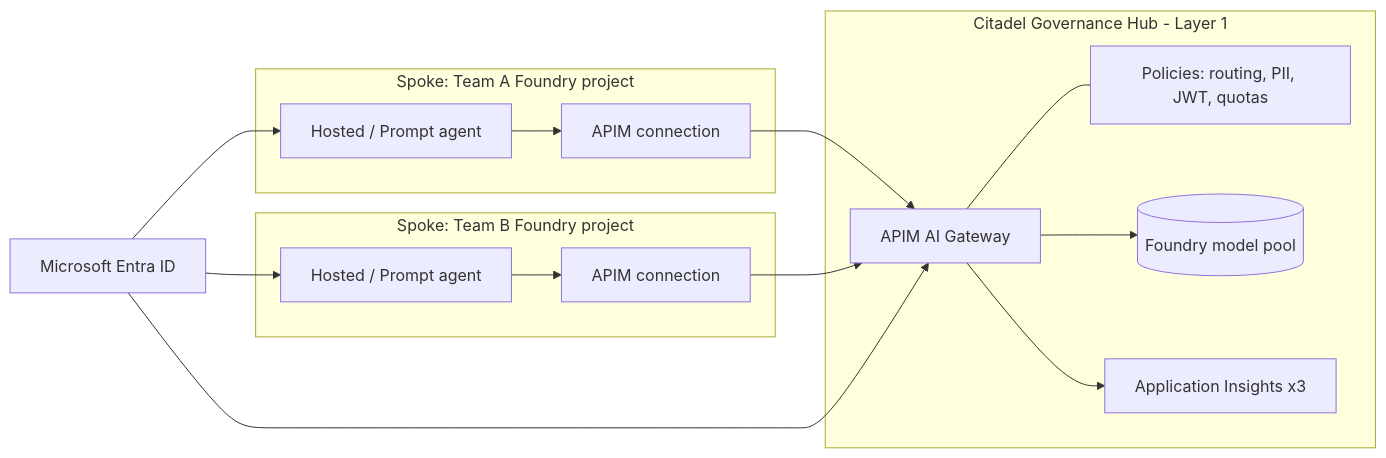
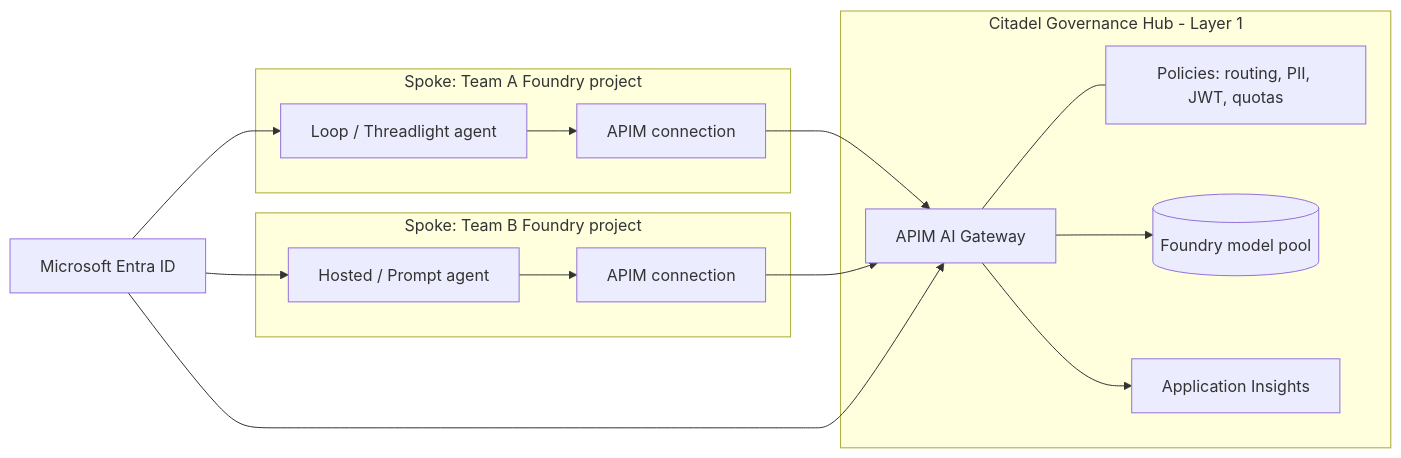
Before and after one commit to aiappsgbb/agentic-loop: the diagram in playbooks/citadel-governance-hub/README.md, drawn with Mermaid. The commit also changed other lines of this file and 3 other files, not shown here.

````diff
--- a/playbooks/citadel-governance-hub/README.md
+++ b/playbooks/citadel-governance-hub/README.md
@@ -27,23 +39,23 @@
 ```mermaid
 flowchart LR
   subgraph Hub[Citadel Governance Hub - Layer 1]
     APIM[APIM AI Gateway]
     Pol[Policies: routing, PII, JWT, quotas]
     Pool[(Foundry model pool)]
-    AI[Application Insights x3]
+    AI[Application Insights]
     APIM --- Pol
     APIM --> Pool
     APIM --> AI
   end
   subgraph SpokeA[Spoke: Team A Foundry project]
-    AgA[Hosted / Prompt agent] --> ConA[APIM connection]
+    AgA[Loop / Threadlight agent] --> ConA[APIM connection]
   end
   subgraph SpokeB[Spoke: Team B Foundry project]
     AgB[Hosted / Prompt agent] --> ConB[APIM connection]
   end
   ConA --> APIM
   ConB --> APIM
   Entra[Microsoft Entra ID] --> APIM
   Entra --> AgA
   Entra --> AgB
 ```
````
